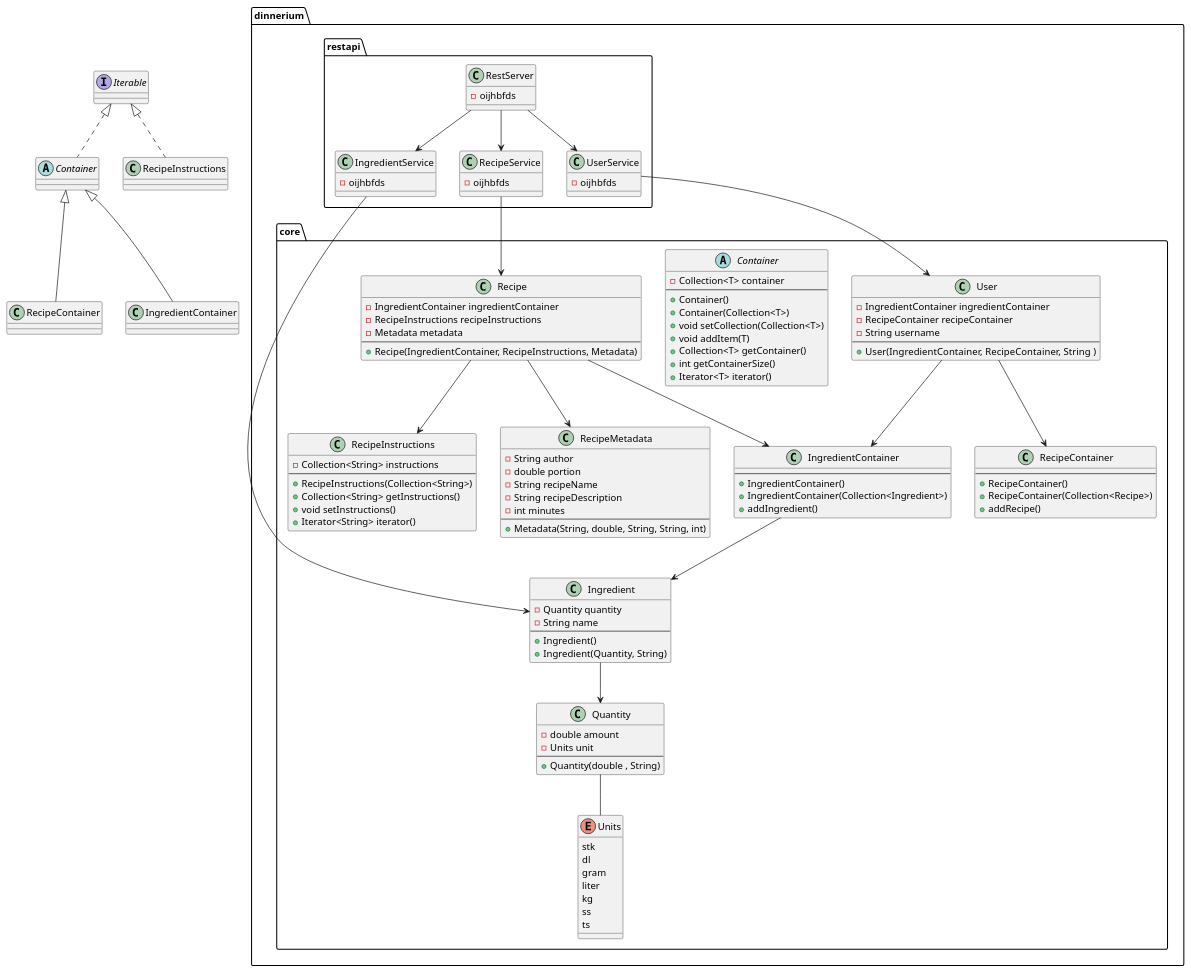
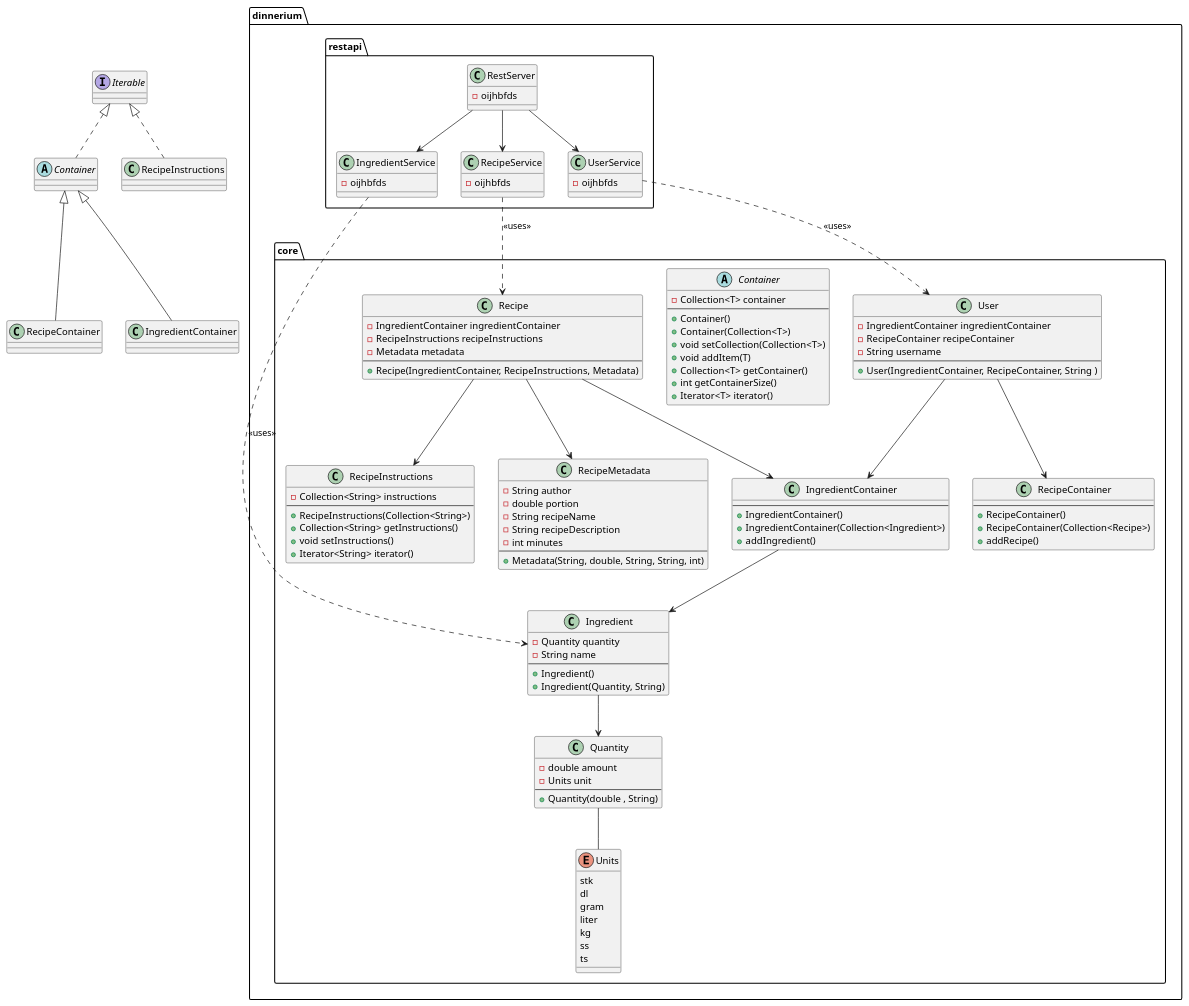
The diagram in documentation/diagrams/src/class_diagram.puml (joonerik/dinnerium), drawn with PlantUML before and after one commit.

Commit message:
add 'uses' for Service->core class

```diff
--- a/documentation/diagrams/src/class_diagram.puml
+++ b/documentation/diagrams/src/class_diagram.puml
@@ -1,131 +1,131 @@
 @startuml sequence_diagram
 
 package dinnerium.core {
     class Recipe {
         - IngredientContainer ingredientContainer
         - RecipeInstructions recipeInstructions
         - Metadata metadata
         --
         + Recipe(IngredientContainer, RecipeInstructions, Metadata)
     }
 
     class Quantity {
         - double amount
         - Units unit
         --
         + Quantity(double , String)
     }
 
     enum Units {
         stk
         dl
         gram
         liter
         kg
         ss
         ts
     }
 
     class Ingredient {
         - Quantity quantity
         - String name
         --
         + Ingredient()
         + Ingredient(Quantity, String)
     }
 
     abstract class Container {
     - Collection<T> container
     --
     + Container()
     + Container(Collection<T>) 
     + void setCollection(Collection<T>)
     + void addItem(T)  
     + Collection<T> getContainer()
     + int getContainerSize()
     + Iterator<T> iterator()
     }
 
     class IngredientContainer {
         --
         + IngredientContainer()
         + IngredientContainer(Collection<Ingredient>)
         + addIngredient()
     }
 
     class RecipeContainer {
         --
         + RecipeContainer()
         + RecipeContainer(Collection<Recipe>)
         + addRecipe()
     }
 
     class RecipeInstructions {
         - Collection<String> instructions
         --
         + RecipeInstructions(Collection<String>)
         + Collection<String> getInstructions()
         + void setInstructions()
         + Iterator<String> iterator()
     }
 
     class RecipeMetadata {
         - String author
         - double portion
         - String recipeName
         - String recipeDescription
         - int minutes
         --
         + Metadata(String, double, String, String, int)
     }
 
     class User {
         - IngredientContainer ingredientContainer
         - RecipeContainer recipeContainer
         - String username
         --
         + User(IngredientContainer, RecipeContainer, String )
     }
 }
 
 
 package dinnerium.restapi{
     class IngredientService {
     - oijhbfds
     }
 
     class RecipeService {
         - oijhbfds
     }
 
     class UserService {
         - oijhbfds
     }
 
     class RestServer {
         - oijhbfds
     }
 }
 
 interface Iterable
 
 User --> RecipeContainer
 User --> IngredientContainer
 Recipe --> IngredientContainer
 Recipe --> RecipeInstructions
 Recipe --> RecipeMetadata
 IngredientContainer --> Ingredient
 Ingredient --> Quantity
 Quantity -- Units
 abstract class Container implements Iterable
 class RecipeInstructions implements Iterable
 class RecipeContainer extends Container
 class IngredientContainer extends Container
 
-IngredientService --> Ingredient
-RecipeService --> Recipe
-UserService --> User
 RestServer --> IngredientService
 RestServer --> RecipeService
 RestServer --> UserService
+IngredientService ..> Ingredient: << uses >>
+RecipeService ..> Recipe: << uses >>
+UserService ..> User: << uses >>
 @enduml
```
